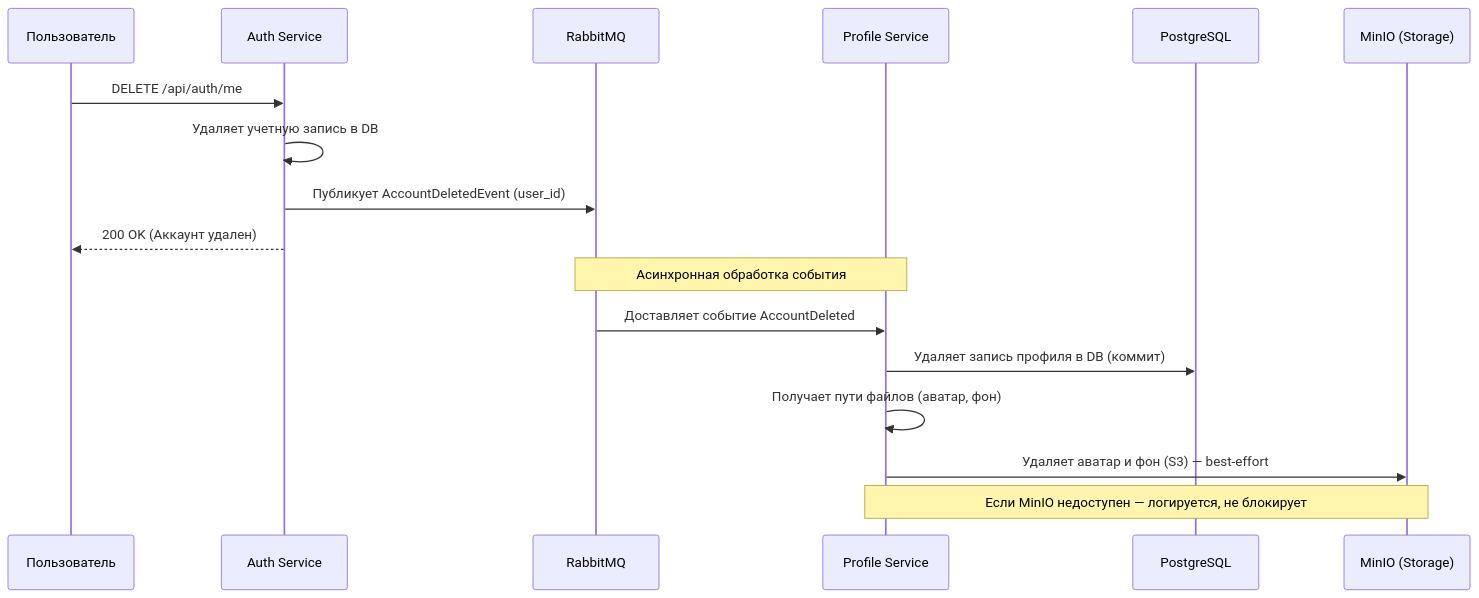
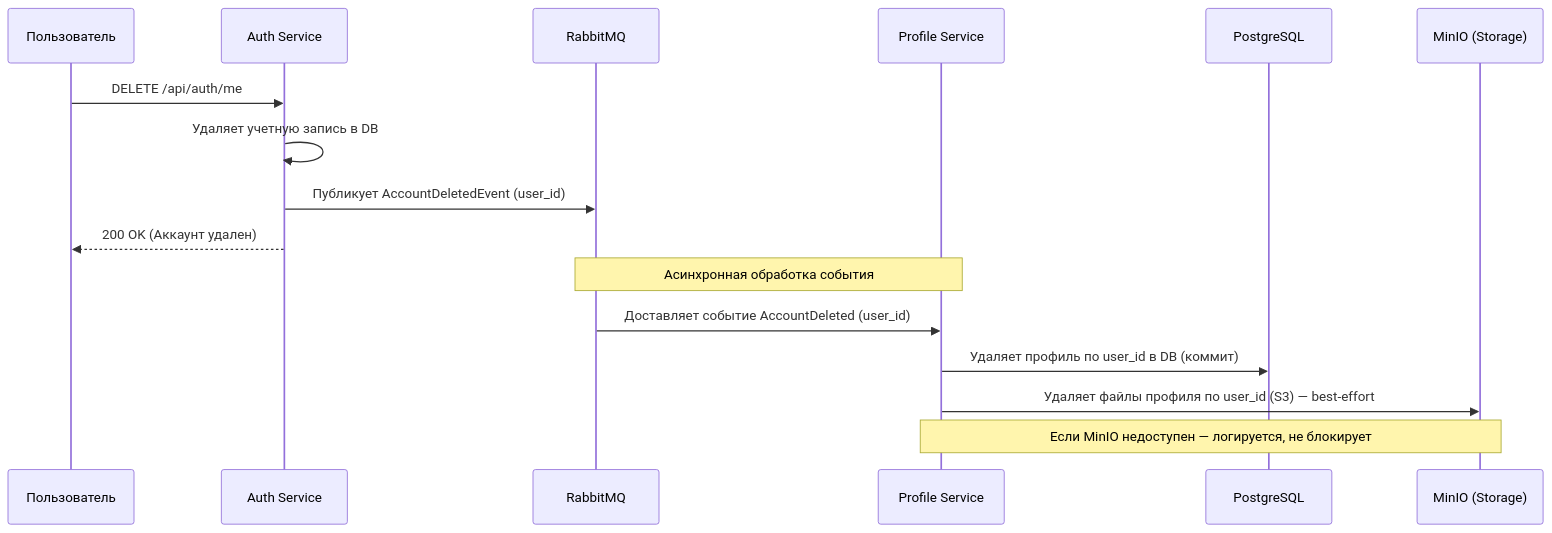
Before and after one commit to mindcoree/LoreLounge: the third of 4 diagrams in README.md, drawn with Mermaid. The commit also changed other lines of this file, not shown here.

Commit message:
fix: уточнить удаление профиля и файлов в документации по обработке события AccountDeleted

````diff
--- a/README.md
+++ b/README.md
@@ -178,22 +178,21 @@
 ```mermaid
 sequenceDiagram
     participant User as Пользователь
     participant Auth as Auth Service
     participant RMQ as RabbitMQ
     participant Profile as Profile Service
     participant PG as PostgreSQL
     participant MinIO as MinIO (Storage)
 
     User->>Auth: DELETE /api/auth/me
     Auth->>Auth: Удаляет учетную запись в DB
     Auth->>RMQ: Публикует AccountDeletedEvent (user_id)
     Auth-->>User: 200 OK (Аккаунт удален)
     
     Note over RMQ, Profile: Асинхронная обработка события
     
-    RMQ->>Profile: Доставляет событие AccountDeleted
-    Profile->>PG: Удаляет запись профиля в DB (коммит)
-    Profile->>Profile: Получает пути файлов (aватар, фон)
-    Profile->>MinIO: Удаляет aватар и фон (S3) — best-effort
+    RMQ->>Profile: Доставляет событие AccountDeleted (user_id)
+    Profile->>PG: Удаляет профиль по user_id в DB (коммит)
+    Profile->>MinIO: Удаляет файлы профиля по user_id (S3) — best-effort
     Note over Profile, MinIO: Если MinIO недоступен — логируется, не блокирует
 ```
````
